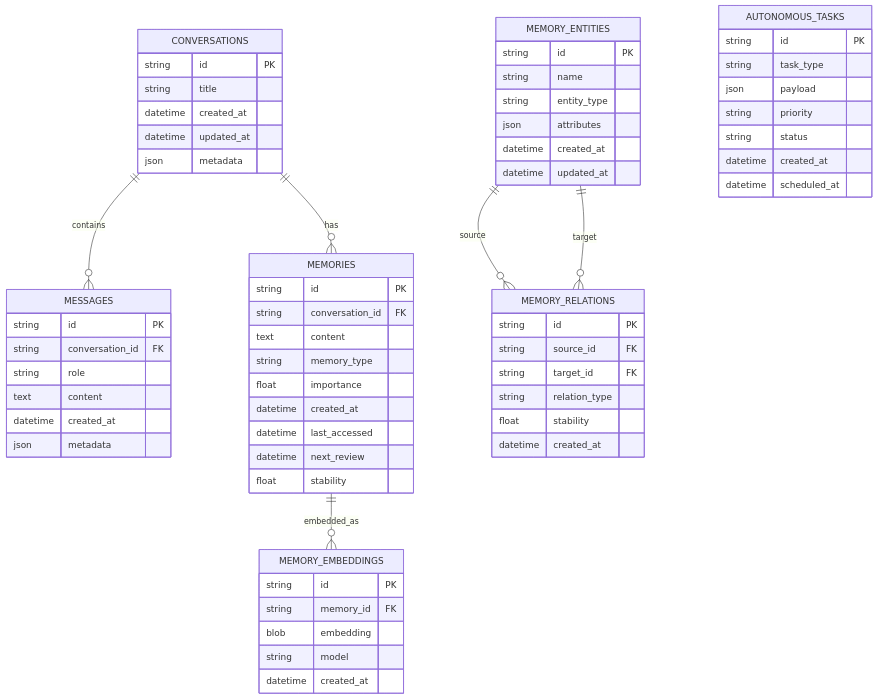
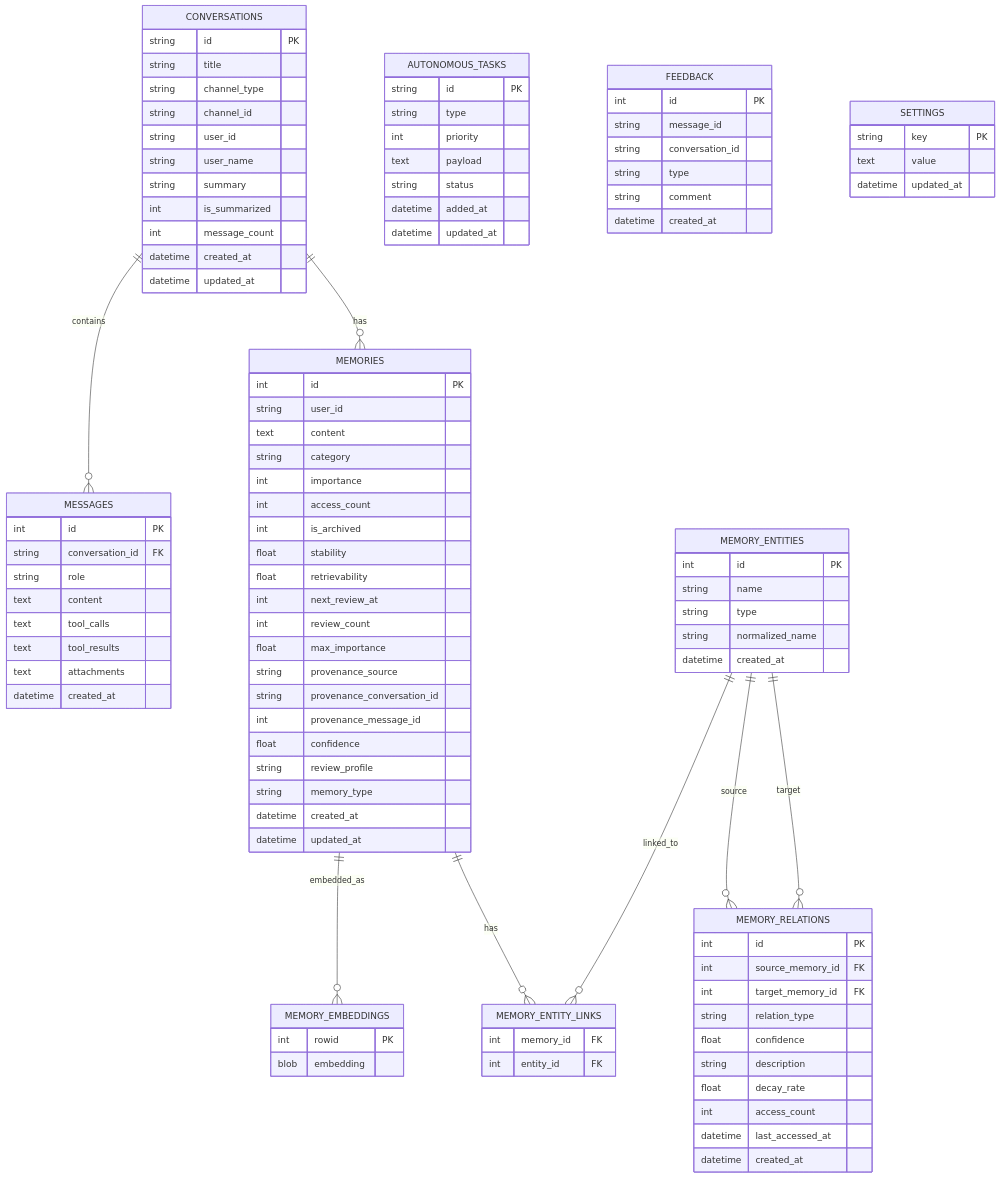
The fifth of 6 diagrams in PROJECT_MAP.md (Winterus20/PenceAI), drawn with Mermaid before and after one commit. The commit also changed other lines of this file and 33 other files, not shown here.

````diff
--- a/PROJECT_MAP.md
+++ b/PROJECT_MAP.md
@@ -695,71 +838,112 @@
     CONVERSATIONS {
         string id PK
         string title
-        datetime created_at
-        datetime updated_at
-        json metadata
-    }
-    
-    MESSAGES {
-        string id PK
-        string conversation_id FK
-        string role
-        text content
-        datetime created_at
-        json metadata
-    }
-    
-    MEMORIES {
-        string id PK
-        string conversation_id FK
-        text content
-        string memory_type
-        float importance
-        datetime created_at
-        datetime last_accessed
-        datetime next_review
-        float stability
-    }
-    
-    MEMORY_ENTITIES {
-        string id PK
-        string name
-        string entity_type
-        json attributes
+        string channel_type
+        string channel_id
+        string user_id
+        string user_name
+        string summary
+        int is_summarized
+        int message_count
         datetime created_at
         datetime updated_at
     }
     
+    MESSAGES {
+        int id PK
+        string conversation_id FK
+        string role
+        text content
+        text tool_calls
+        text tool_results
+        text attachments
+        datetime created_at
+    }
+    
+    MEMORIES {
+        int id PK
+        string user_id
+        text content
+        string category
+        int importance
+        int access_count
+        int is_archived
+        float stability
+        float retrievability
+        int next_review_at
+        int review_count
+        float max_importance
+        string provenance_source
+        string provenance_conversation_id
+        int provenance_message_id
+        float confidence
+        string review_profile
+        string memory_type
+        datetime created_at
+        datetime updated_at
+    }
+    
+    MEMORY_ENTITIES {
+        int id PK
+        string name
+        string type
+        string normalized_name
+        datetime created_at
+    }
+    
     MEMORY_RELATIONS {
-        string id PK
-        string source_id FK
-        string target_id FK
+        int id PK
+        int source_memory_id FK
+        int target_memory_id FK
         string relation_type
-        float stability
+        float confidence
+        string description
+        float decay_rate
+        int access_count
+        datetime last_accessed_at
         datetime created_at
     }
     
     MEMORY_EMBEDDINGS {
-        string id PK
-        string memory_id FK
+        int rowid PK
         blob embedding
-        string model
-        datetime created_at
+    }
+    
+    MEMORY_ENTITY_LINKS {
+        int memory_id FK
+        int entity_id FK
     }
     
     AUTONOMOUS_TASKS {
         string id PK
-        string task_type
-        json payload
-        string priority
+        string type
+        int priority
+        text payload
         string status
+        datetime added_at
+        datetime updated_at
+    }
+    
+    FEEDBACK {
+        int id PK
+        string message_id
+        string conversation_id
+        string type
+        string comment
         datetime created_at
-        datetime scheduled_at
+    }
+    
+    SETTINGS {
+        string key PK
+        text value
+        datetime updated_at
     }
     
     CONVERSATIONS ||--o{ MESSAGES : contains
     CONVERSATIONS ||--o{ MEMORIES : has
     MEMORIES ||--o{ MEMORY_EMBEDDINGS : embedded_as
+    MEMORIES ||--o{ MEMORY_ENTITY_LINKS : has
+    MEMORY_ENTITIES ||--o{ MEMORY_ENTITY_LINKS : linked_to
     MEMORY_ENTITIES ||--o{ MEMORY_RELATIONS : source
     MEMORY_ENTITIES ||--o{ MEMORY_RELATIONS : target
 ```
````
